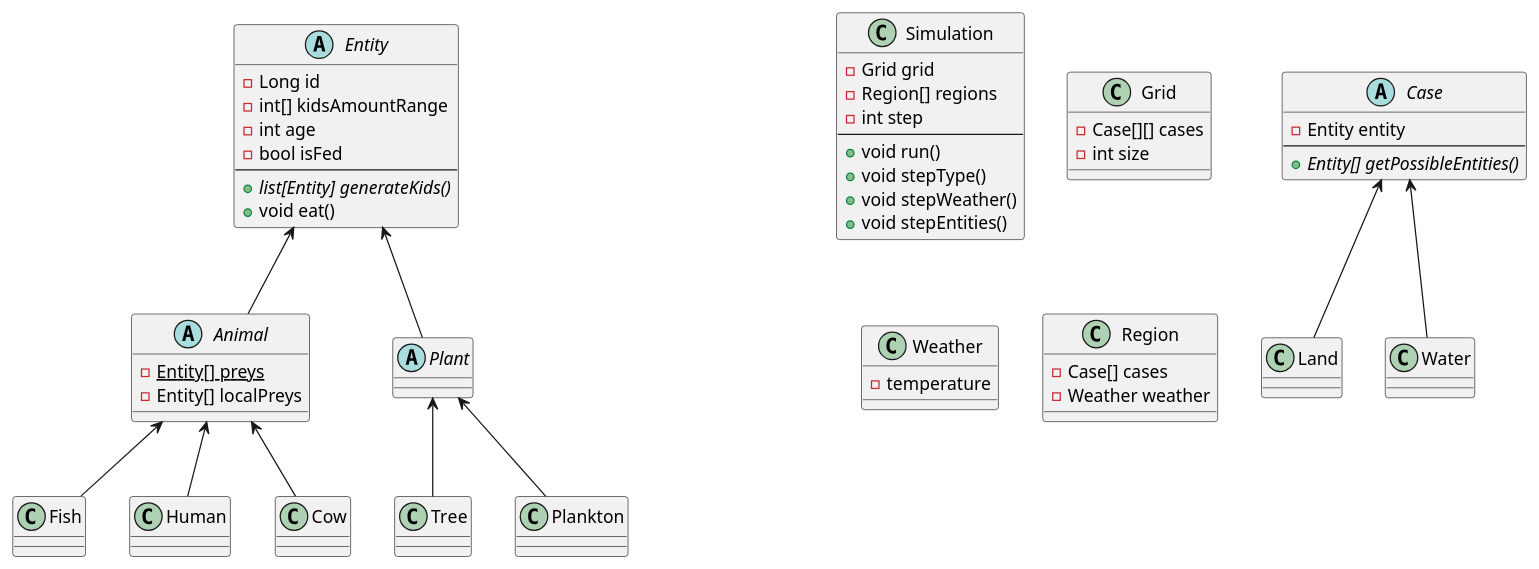
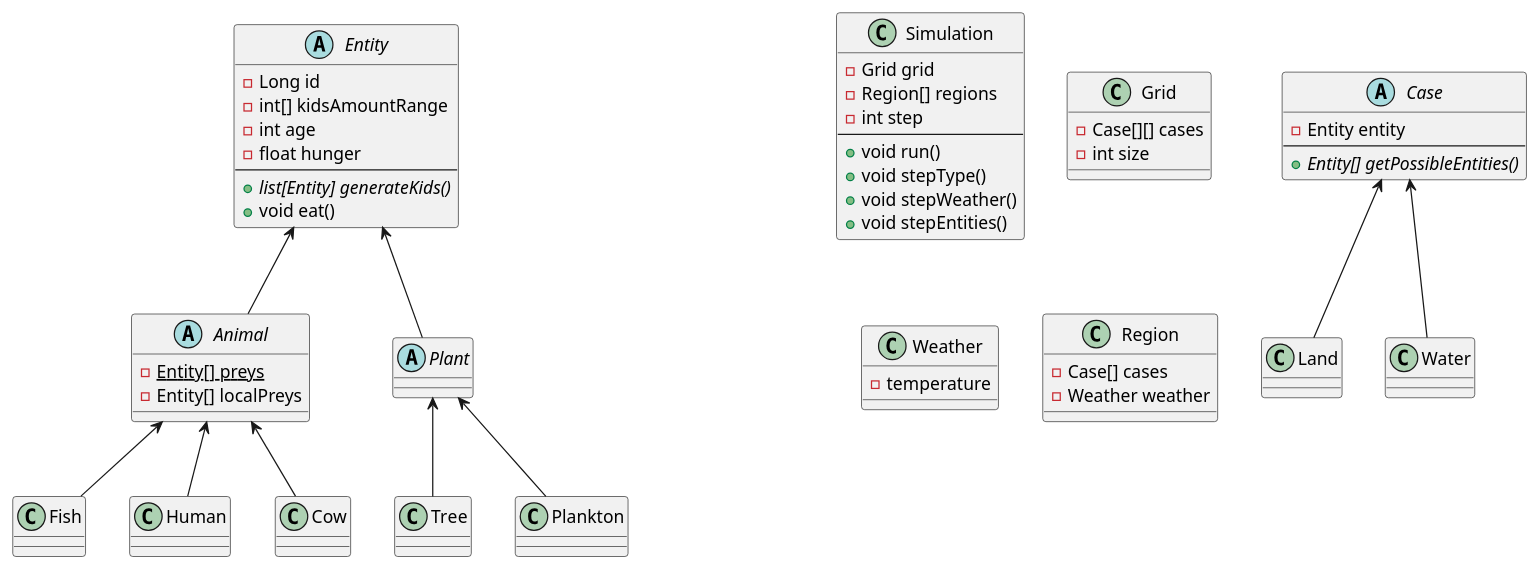
One commit to andriusezerskis/proj3-gr2b changed the diagram in uml/class.wsd. Above: the diagram before and after it, drawn with PlantUML. The commit also changed 9 other files, not shown here.

```diff
--- a/uml/class.wsd
+++ b/uml/class.wsd
@@ -1,96 +1,96 @@
 @startuml class diagram
 
 abstract class Entity {
     -Long id
     -int[] kidsAmountRange
     -int age
-    -bool isFed
+    -float hunger
     --
     +list[Entity] {abstract} generateKids()
     +void eat()
 }
 
 class Simulation {
     -Grid grid
     -Region[] regions
     -int step
     --
     +void run()
     +void stepType()
     +void stepWeather()
     +void stepEntities()
 }
 
 class Grid {
     -Case[][] cases
     -int size
 }
 
 abstract class Case {
     -Entity entity
     --
     {abstract} +Entity[] getPossibleEntities()
 }
 
 class Land {
     
 }
 
 class Water {
     
 }
 
 class Weather {
     -temperature
 }
 
 class Region {
     -Case[] cases
     -Weather weather
 }
 
 
 class Fish {
 
 }
 
 class Human {
 
 }
 
 abstract class Animal {
     -{static} Entity[] preys
     -Entity[] localPreys
 }
 
 abstract class Plant {
 }
 
 class Tree {
 }
 
 class Plankton {
 }
 
 class Cow {
 }
 
 Entity <-- Animal
 Entity <-- Plant
 
 Animal <-- Human
 Animal <-- Fish
 Animal <-- Cow
 
 Plant <-- Tree
 Plant <-- Plankton
 
 Case <-- Land
 Case <-- Water
 
 note right of Entity::localPreys
     Each entity from a same specie
     has a slightly different set of preys
 end note
 
 @enduml
```
